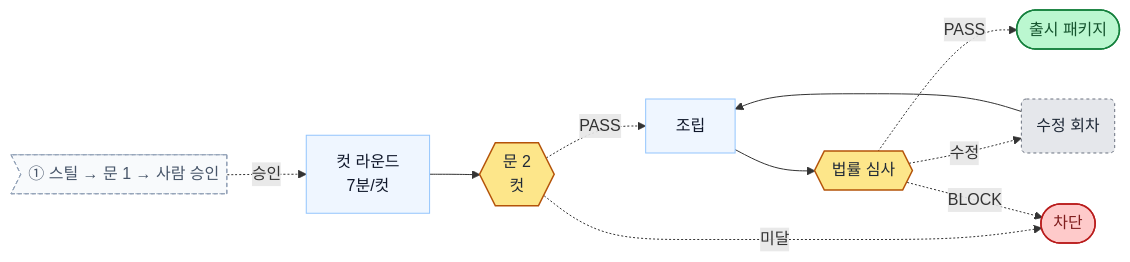
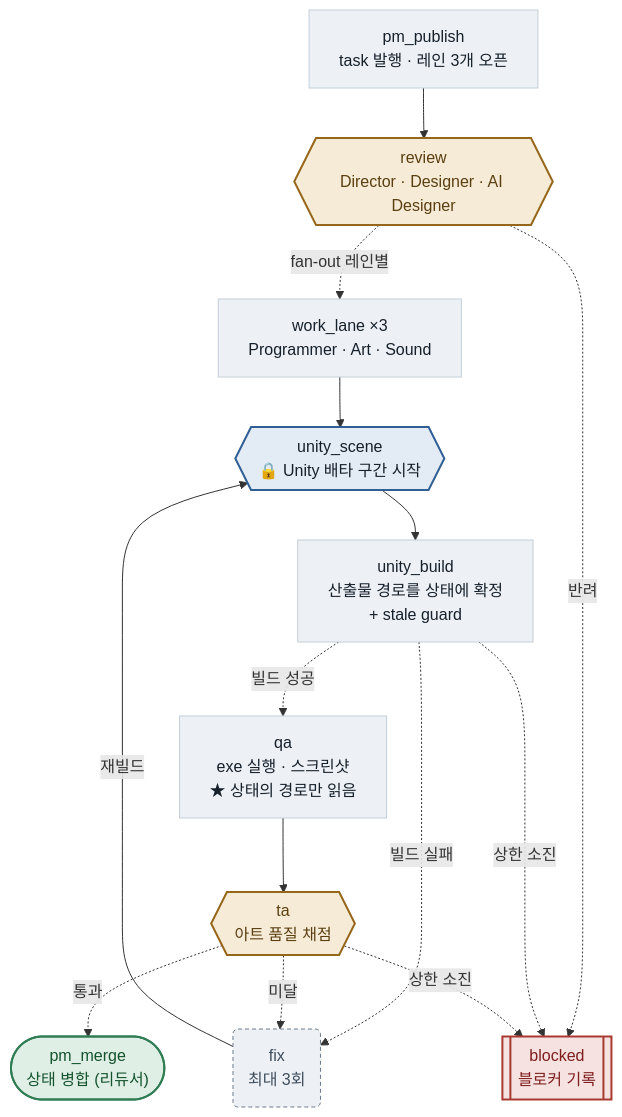
Before and after one commit to MelonS/MelonS-Agents: the second of 3 diagrams in README.ko.md, drawn with Mermaid. The commit also changed other lines of this file and 5 other files, not shown here.

First line of the commit message:
docs(readme): 구조도를 정보량 있는 세로형으로 재작성 + 실측 비용표 + 최신 쇼츠 GIF

````diff
--- a/README.ko.md
+++ b/README.ko.md
@@ -111,35 +142,41 @@
 ```mermaid
-flowchart LR
-  render_clip["컷 라운드<br/>7분/컷"]
-  clip_gate{{"문 2<br/>컷"}}
-  assemble["조립"]
-  legal{{"법률 심사"}}
-  bump_legal("수정 회차")
-  release(["출시 패키지"])
-  blocked(["차단"])
-  view0>"① 스틸 → 문 1 → 사람 승인"]
+flowchart TD
+  pm_publish["pm_publish<br/>task 발행 · 레인 3개 오픈"]
+  review{{"review<br/>Director · Designer · AI Designer"}}
+  work_lane["work_lane ×3<br/>Programmer · Art · Sound"]
+  unity_scene{{"unity_scene<br/>🔒 Unity 배타 구간 시작"}}
+  unity_build["unity_build<br/>산출물 경로를 상태에 확정<br/>+ stale guard"]
+  qa["qa<br/>exe 실행 · 스크린샷<br/>★ 상태의 경로만 읽음"]
+  ta{{"ta<br/>아트 품질 채점"}}
+  fix("fix<br/>최대 3회")
+  pm_merge(["pm_merge<br/>상태 병합 (리듀서)"])
+  blocked[["blocked<br/>블로커 기록"]]
 
-  render_clip --> clip_gate
-  clip_gate -. PASS .-> assemble
-  clip_gate -. 미달 .-> blocked
-  assemble --> legal
-  legal -. 수정 .-> bump_legal
-  legal -. PASS .-> release
-  legal -. BLOCK .-> blocked
-  bump_legal --> assemble
-  view0 -. 승인 .-> render_clip
+  pm_publish --> review
+  review -. "fan-out 레인별" .-> work_lane
+  review -. "반려" .-> blocked
+  work_lane --> unity_scene
+  unity_scene --> unity_build
+  unity_build -. "빌드 성공" .-> qa
+  unity_build -. "빌드 실패" .-> fix
+  unity_build -. "상한 소진" .-> blocked
+  qa --> ta
+  ta -. "미달" .-> fix
+  ta -. "통과" .-> pm_merge
+  ta -. "상한 소진" .-> blocked
+  fix -- "재빌드" --> unity_scene
 
-  classDef step fill:#eff6ff,stroke:#93c5fd,stroke-width:1px,color:#0f172a
-  classDef gate fill:#fde68a,stroke:#b45309,stroke-width:1.5px,color:#1f2937
-  classDef human fill:#ddd6fe,stroke:#6d28d9,stroke-width:1.5px,color:#1f2937
-  classDef retry fill:#e5e7eb,stroke:#6b7280,stroke-dasharray:3 3,color:#1f2937
-  classDef done fill:#bbf7d0,stroke:#15803d,stroke-width:1.5px,color:#14532d
-  classDef stop fill:#fecaca,stroke:#b91c1c,stroke-width:1.5px,color:#7f1d1d
-  class assemble,render_clip step
-  class clip_gate,legal gate
-  class bump_legal retry
-  class release done
+  classDef step fill:#EDF1F5,stroke:#C3CEDA,stroke-width:1px,color:#16202B
+  classDef gate fill:#F6EBD6,stroke:#96671A,stroke-width:2px,color:#5B3F11
+  classDef mutex fill:#E3EBF4,stroke:#2F5F94,stroke-width:2px,color:#16202B
+  classDef human fill:#E3EBF4,stroke:#2F5F94,stroke-width:2px,color:#16202B
+  classDef retry fill:#EDF1F5,stroke:#6B7C8D,stroke-width:1px,stroke-dasharray:4 3,color:#3D4C5C
+  classDef done fill:#DFEFE5,stroke:#2E7D53,stroke-width:2px,color:#14532D
+  classDef stop fill:#F6E2E0,stroke:#A93A31,stroke-width:2px,color:#7F1D1D
+  class pm_publish,qa,unity_build,work_lane step
+  class review,ta gate
+  class unity_scene mutex
+  class fix retry
+  class pm_merge done
   class blocked stop
-  classDef stub fill:#f8fafc,stroke:#94a3b8,stroke-dasharray:4 3,color:#475569
-  class view0 stub
 ```
````
